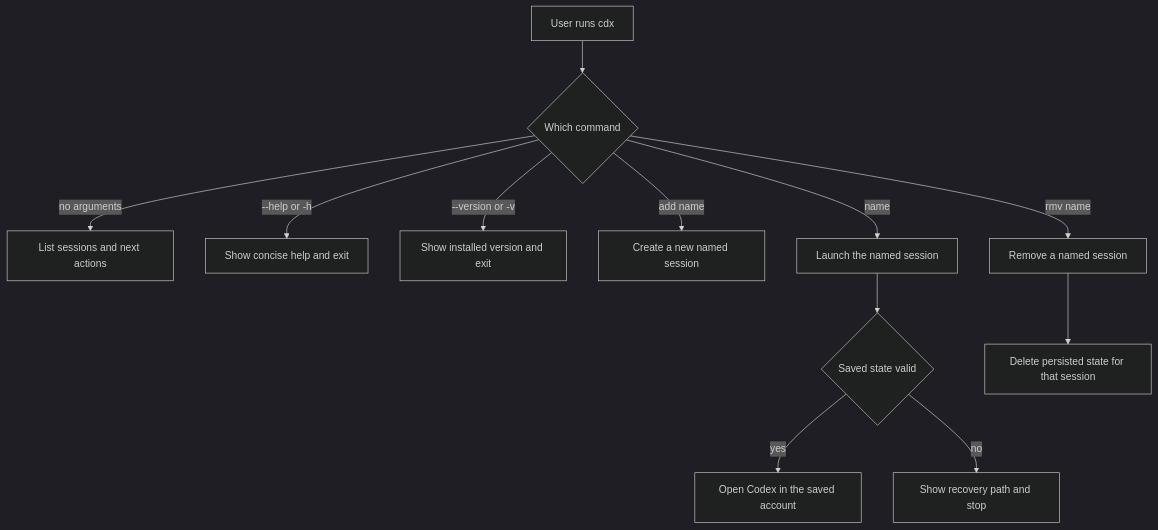
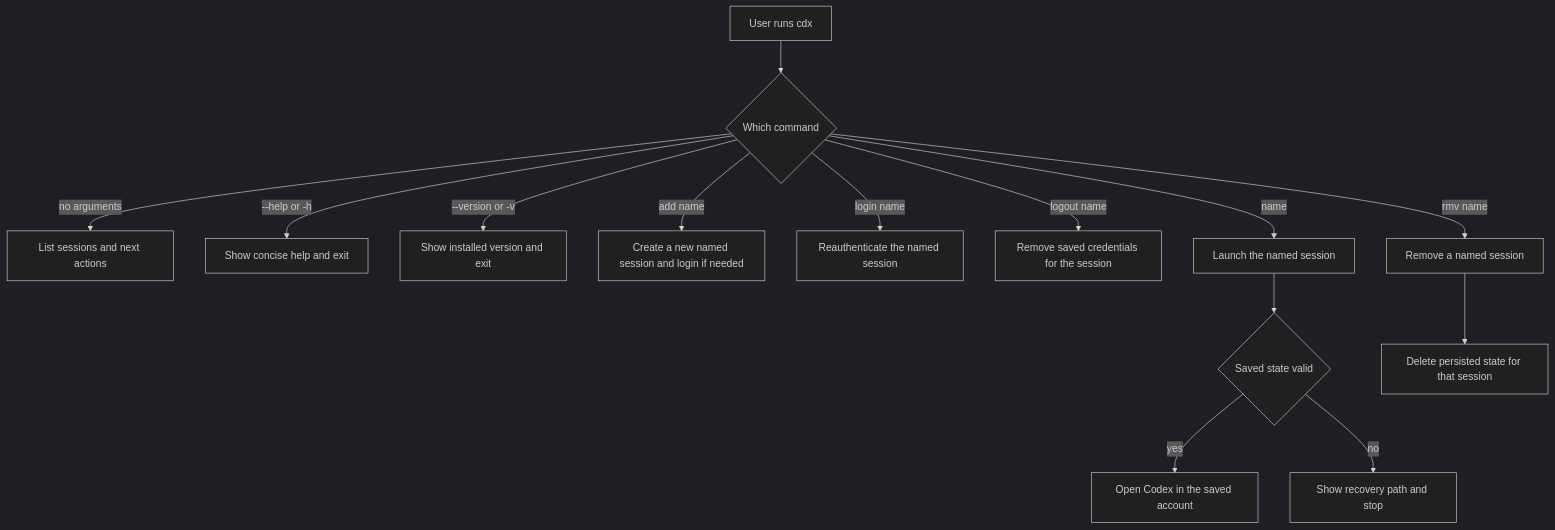
The diagram in logics/specs/spec_000_cdx_usage_workflow.md (AlexAgo83/cdx-manager), drawn with Mermaid (dark theme) before and after one commit. The commit also changed other lines of this file and 4 other files, not shown here.

````diff
--- a/logics/specs/spec_000_cdx_usage_workflow.md
+++ b/logics/specs/spec_000_cdx_usage_workflow.md
@@ -12,14 +12,16 @@
 ```mermaid
 flowchart TD
     Start[User runs cdx] --> Entry{Which command}
     Entry -->|no arguments| List[List sessions and next actions]
     Entry -->|--help or -h| Help[Show concise help and exit]
     Entry -->|--version or -v| Version[Show installed version and exit]
-    Entry -->|add name| Add[Create a new named session]
+    Entry -->|add name| Add[Create a new named session and login if needed]
+    Entry -->|login name| Login[Reauthenticate the named session]
+    Entry -->|logout name| Logout[Remove saved credentials for the session]
     Entry -->|rmv name| Remove[Remove a named session]
     Entry -->|name| Launch[Launch the named session]
     Launch --> Restore{Saved state valid}
     Restore -->|yes| Open[Open Codex in the saved account]
     Restore -->|no| Recover[Show recovery path and stop]
     Remove --> Cleanup[Delete persisted state for that session]
 ```
````
